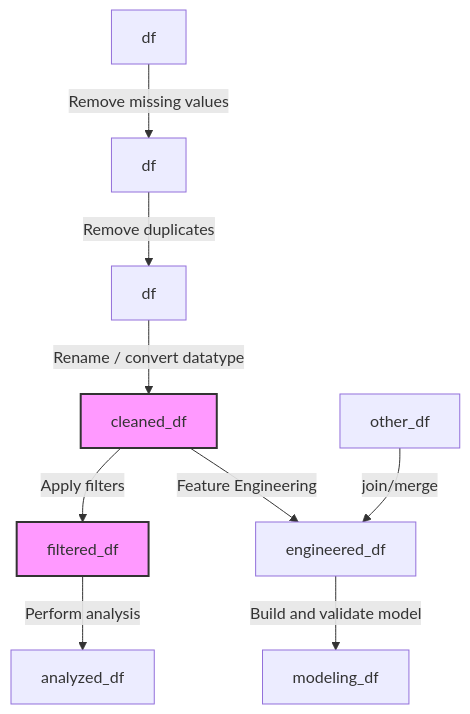
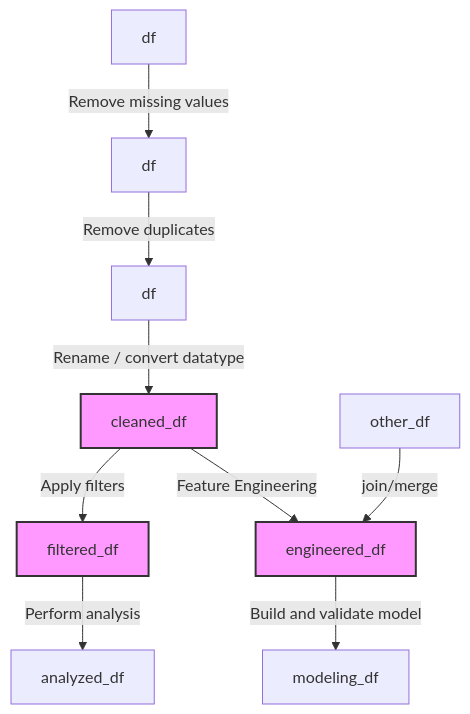
The diagram in README.md (stemgene/faq-of-ds-at-tripleten), drawn with Mermaid before and after one commit.

````diff
--- a/README.md
+++ b/README.md
@@ -7,17 +7,18 @@
 ```mermaid
 graph TD
     A[df] --> |Remove missing values| B[df]
     B[df] --> |Remove duplicates| C[df]
     C[df] --> |Rename / convert datatype | D[cleaned_df]
     D[cleaned_df] --> |Apply filters| E[filtered_df]
     K[other_df] --> |join/merge| F[engineered_df]
     D[cleaned_df] --> | Feature Engineering| F[engineered_df]
     E[filtered_df] --> |Perform analysis| G[analyzed_df]
     F[engineered_df] --> |Build and validate model| H[modeling_df]
     classDef milestone fill:#f9f,stroke:#333,stroke-width:2px;
 
     D:::milestone
     E:::milestone
+    F:::milestone
 
 
 ```
````
